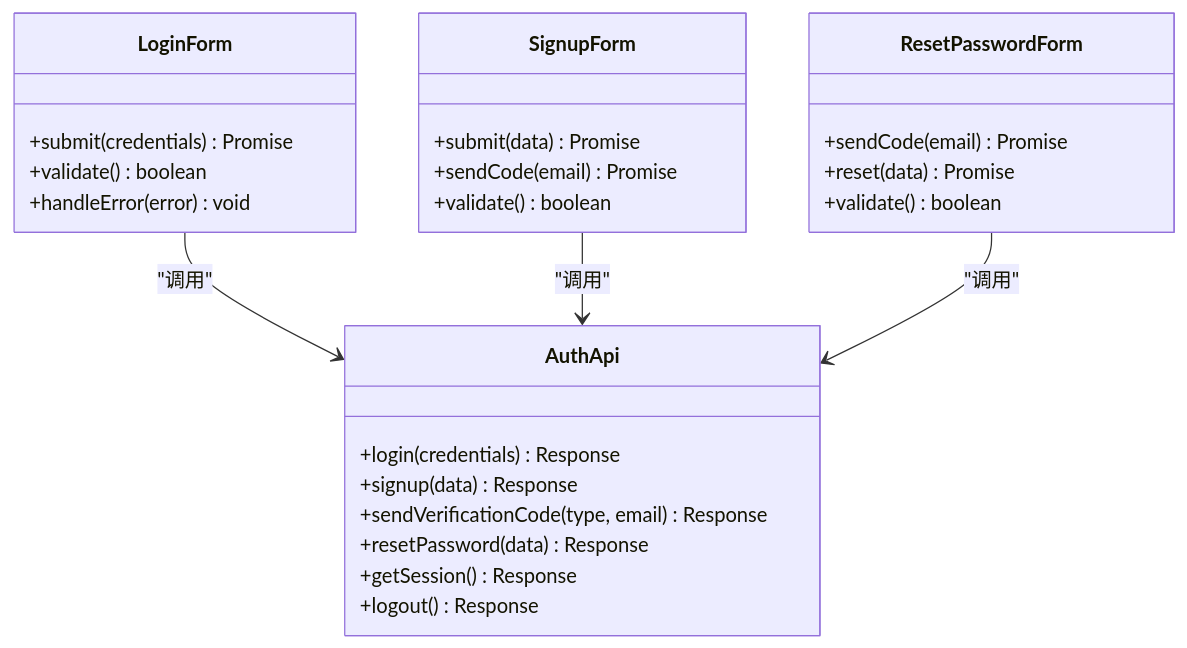
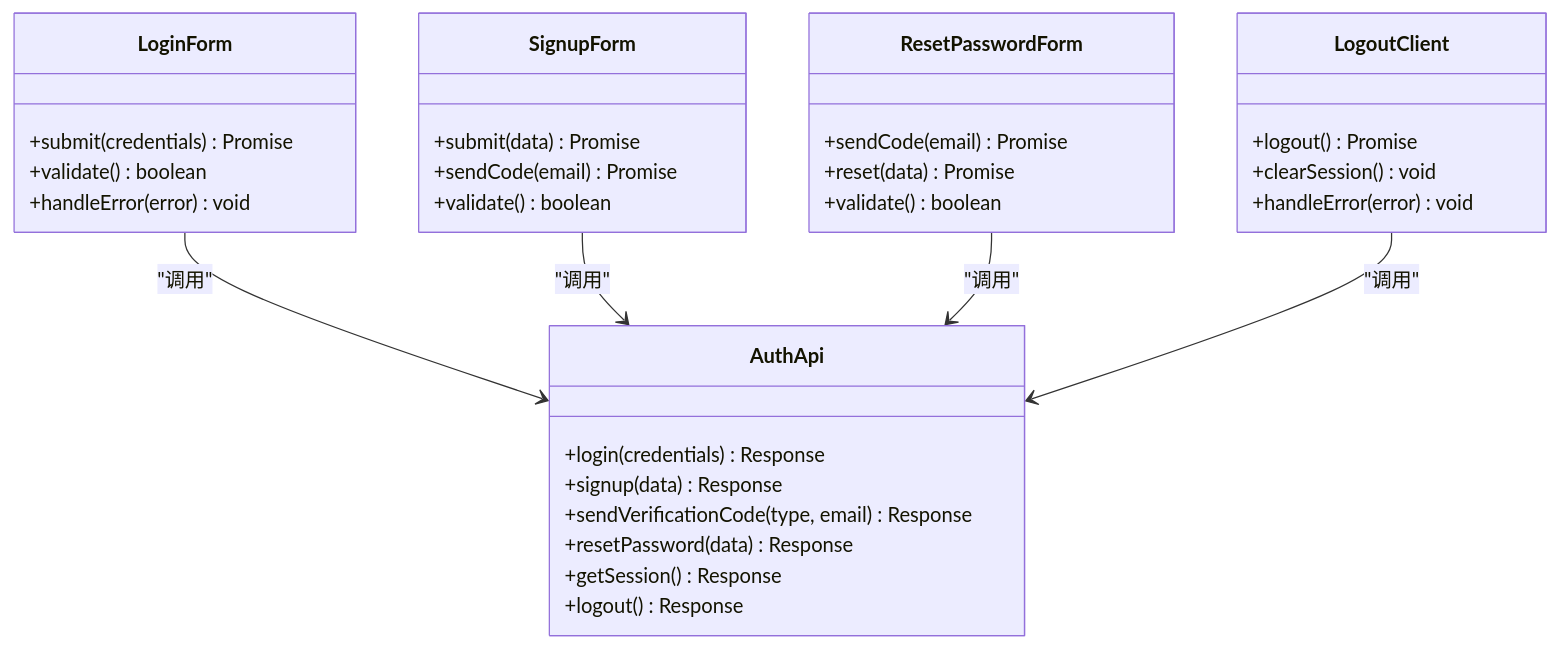
One commit to scottcwy/PurpleInk changed the ninth of 10 diagrams in .qoder/repowiki/zh/content/认证系统/用户认证.md. Above: the diagram before and after it, drawn with Mermaid. The commit also changed other lines of this file and 109 other files, not shown here.

````diff
--- a/.qoder/repowiki/zh/content/认证系统/用户认证.md
+++ b/.qoder/repowiki/zh/content/认证系统/用户认证.md
@@ -549,29 +620,35 @@
 ```mermaid
 classDiagram
 class LoginForm {
 +submit(credentials) Promise
 +validate() boolean
 +handleError(error) void
 }
 class SignupForm {
 +submit(data) Promise
 +sendCode(email) Promise
 +validate() boolean
 }
 class ResetPasswordForm {
 +sendCode(email) Promise
 +reset(data) Promise
 +validate() boolean
 }
+class LogoutClient {
++logout() Promise
++clearSession() void
++handleError(error) void
+}
 class AuthApi {
 +login(credentials) Response
 +signup(data) Response
 +sendVerificationCode(type, email) Response
 +resetPassword(data) Response
 +getSession() Response
 +logout() Response
 }
 LoginForm --> AuthApi : "调用"
 SignupForm --> AuthApi : "调用"
 ResetPasswordForm --> AuthApi : "调用"
+LogoutClient --> AuthApi : "调用"
 ```
````
